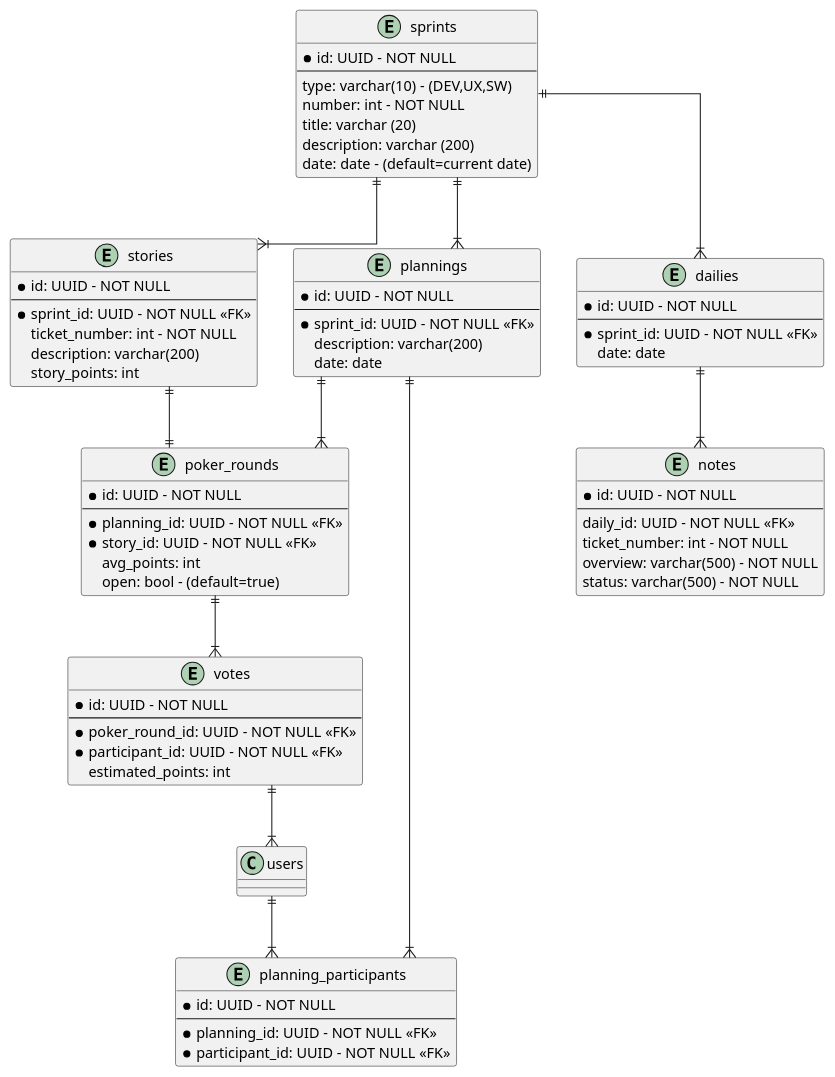
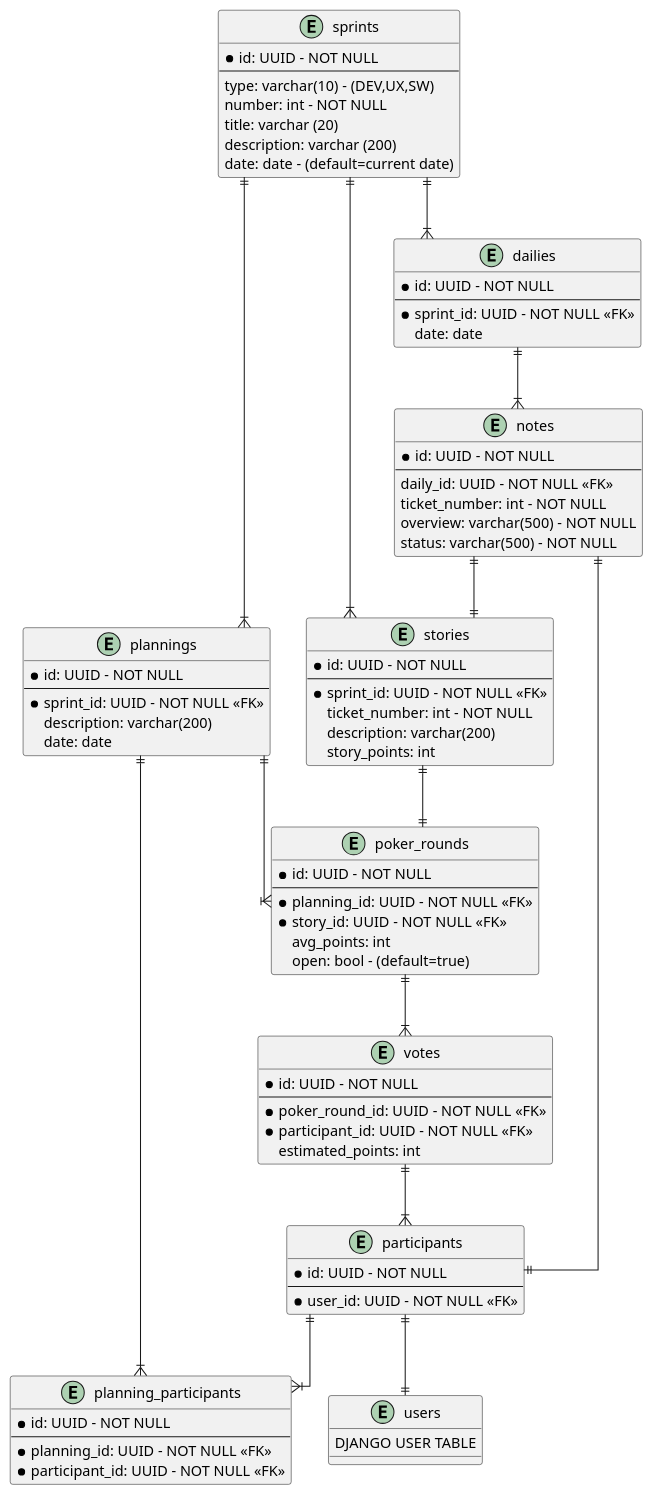
One commit to ivenssouza/AgileHelper changed the diagram in docs/diagrams/src/entityRelationship.puml. Above: the diagram before and after it, drawn with PlantUML. The commit also changed 43 other files, not shown here.

```diff
--- a/docs/diagrams/src/entityRelationship.puml
+++ b/docs/diagrams/src/entityRelationship.puml
@@ -1,96 +1,111 @@
 @startuml
 
 ' hide the spot
 ' hide circle
 
 ' avoid problems with angled crows feet
 skinparam linetype ortho
 
 entity "sprints" as sprints {
   *id: UUID - NOT NULL
   --
   type: varchar(10) - (DEV,UX,SW)
   number: int - NOT NULL
   title: varchar (20)
   description: varchar (200)
   date: date - (default=current date)
 }
 
 entity "stories" as stories {
   *id: UUID - NOT NULL
   --
   *sprint_id: UUID - NOT NULL <<FK>>
   ticket_number: int - NOT NULL
   description: varchar(200)
   story_points: int
 }
 
 
 entity "plannings" as plannings {
   *id: UUID - NOT NULL
   --
   *sprint_id: UUID - NOT NULL <<FK>>
   description: varchar(200)
   date: date
 }
 
 entity "planning_participants" as planning_participants{
   *id: UUID - NOT NULL
   --
   *planning_id: UUID - NOT NULL <<FK>>
   *participant_id: UUID - NOT NULL <<FK>>
 }
 
 entity "poker_rounds" as poker_rounds{
   *id: UUID - NOT NULL
   --
   *planning_id: UUID - NOT NULL <<FK>>
   *story_id: UUID - NOT NULL <<FK>>
   avg_points: int
   open: bool - (default=true)
 }
 
 entity "votes" as votes{
   *id: UUID - NOT NULL
   --
   *poker_round_id: UUID - NOT NULL <<FK>>
   *participant_id: UUID - NOT NULL <<FK>>
   estimated_points: int
 }
 
 
 entity "dailies" as dailies {
   *id: UUID - NOT NULL
   --
   *sprint_id: UUID - NOT NULL <<FK>>
   date: date
 }
 
 entity "notes" as notes{
   *id: UUID - NOT NULL
   --
   daily_id: UUID - NOT NULL <<FK>>
   ticket_number: int - NOT NULL
   overview: varchar(500) - NOT NULL
   status: varchar(500) - NOT NULL
 }
 
+entity "participants" as participants {
+  *id: UUID - NOT NULL
+  --
+  *user_id: UUID - NOT NULL <<FK>>
+}
+
+entity "users" as users{
+  DJANGO USER TABLE
+}
+
 sprints ||--|{ stories
 sprints ||--|{ plannings
 sprints ||--|{ dailies
 
 stories ||--|| poker_rounds
 
 plannings ||--|{ planning_participants
 plannings ||--|{ poker_rounds
 
 poker_rounds ||--|{ votes
 
-votes ||--|{ users
+votes ||--|{ participants
 
 dailies ||--|{ notes
 
-users ||--|{ planning_participants
+notes ||--|| participants
+notes ||--|| stories
+
+participants ||--|{ planning_participants
+
+participants ||--|| users
 
 
 @enduml
```
